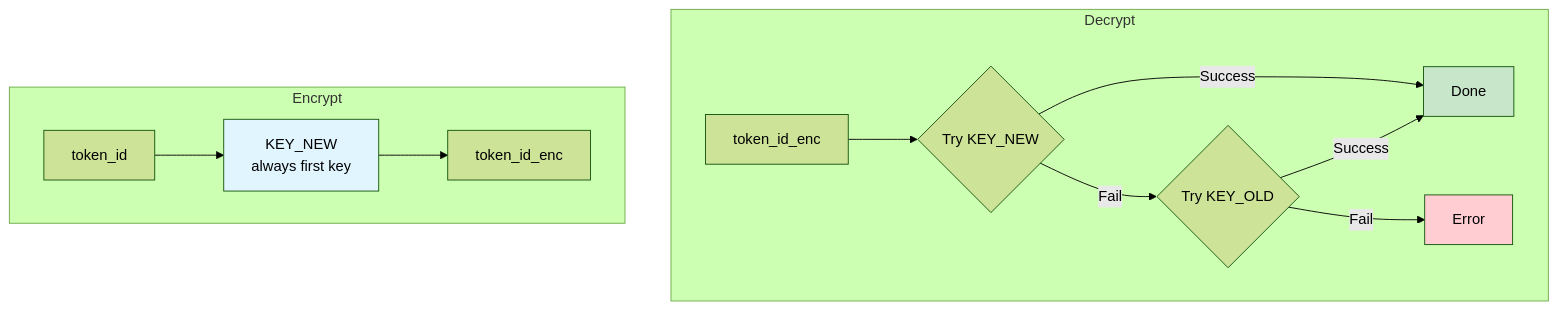
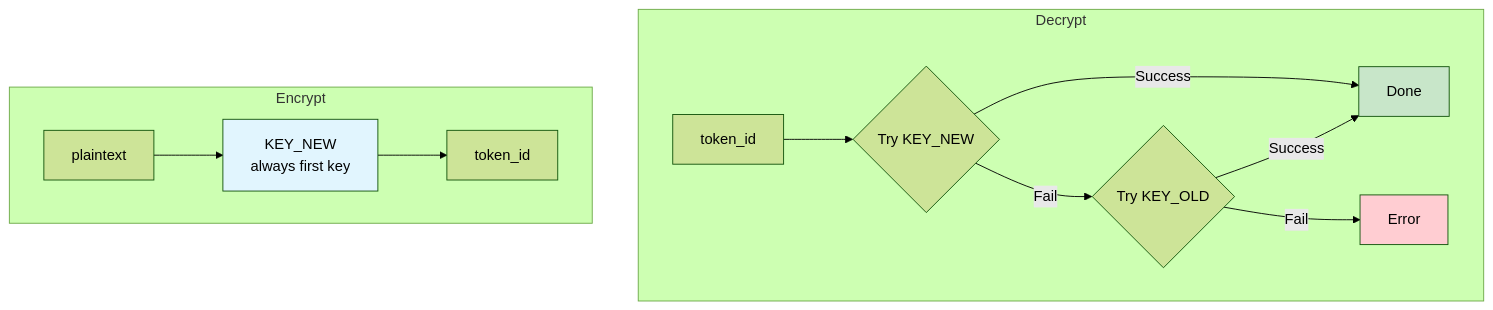
One commit to bp-ventures/meshc changed the fourth of 5 diagrams in docs/PLAN_MMT_ENCRYPTION.md. Above: the diagram before and after it, drawn with Mermaid (forest theme). The commit also changed other lines of this file, not shown here.

````diff
--- a/docs/PLAN_MMT_ENCRYPTION.md
+++ b/docs/PLAN_MMT_ENCRYPTION.md
@@ -106,19 +97,19 @@
 ```mermaid
 flowchart TD
     subgraph Decrypt
-        D1[token_id_enc] --> D2{Try KEY_NEW}
+        D1[token_id] --> D2{Try KEY_NEW}
         D2 -->|Success| D3[Done]
         D2 -->|Fail| D4{Try KEY_OLD}
         D4 -->|Success| D3
         D4 -->|Fail| D5[Error]
     end
 
     subgraph Encrypt
-        E1[token_id] --> E2[KEY_NEW<br/>always first key]
-        E2 --> E3[token_id_enc]
+        E1[plaintext] --> E2[KEY_NEW<br/>always first key]
+        E2 --> E3[token_id]
     end
 
     style D3 fill:#c8e6c9
     style D5 fill:#ffcdd2
     style E2 fill:#e1f5fe
 ```
````
